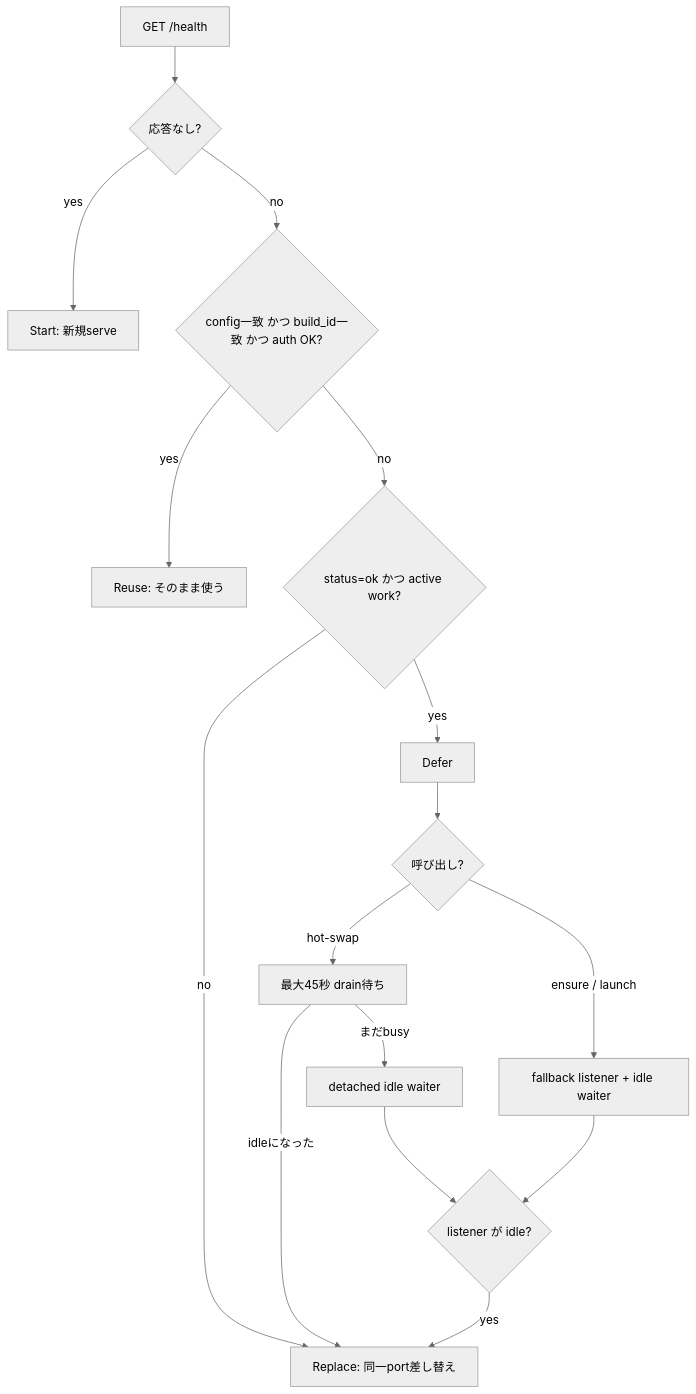
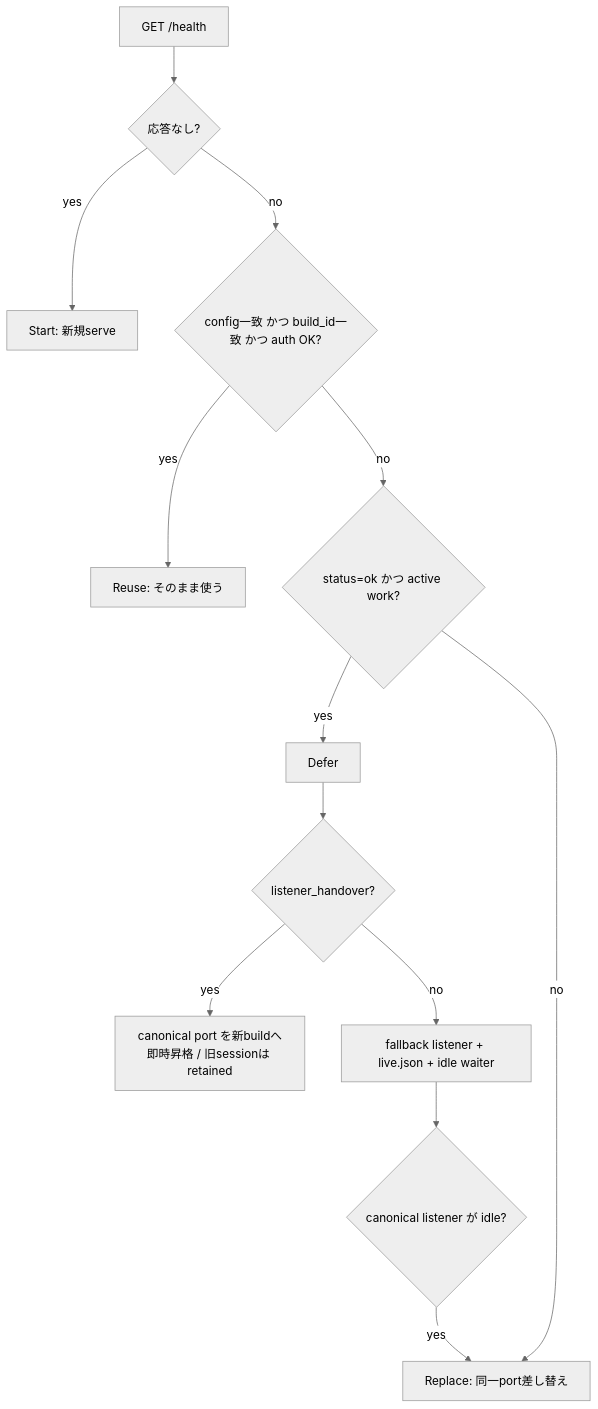
One commit to kkkaoru/dotfiles changed the second of 2 diagrams in .config/claudex/README.md. Above: the diagram before and after it, drawn with Mermaid (neutral theme). The commit also changed other lines of this file and 53 other files, not shown here.

````diff
--- a/.config/claudex/README.md
+++ b/.config/claudex/README.md
@@ -950,18 +959,15 @@
 ```mermaid
 flowchart TD
   Health["GET /health"] --> Absent{"応答なし?"}
   Absent -->|yes| Start[Start: 新規serve]
   Absent -->|no| Match{"config一致 かつ build_id一致 かつ auth OK?"}
   Match -->|yes| Reuse[Reuse: そのまま使う]
   Match -->|no| Busy{"status=ok かつ active work?"}
   Busy -->|yes| Defer[Defer]
   Busy -->|no| Replace["Replace: 同一port差し替え"]
-  Defer --> Mode{"呼び出し?"}
-  Mode -->|ensure / launch| Fallback["fallback listener + idle waiter"]
-  Mode -->|hot-swap| Wait["最大45秒 drain待ち"]
-  Wait -->|idleになった| Replace
-  Wait -->|まだbusy| Arm["detached idle waiter"]
-  Arm --> IdleWait{"listener が idle?"}
+  Defer --> Handover{"listener_handover?"}
+  Handover -->|yes| Promote["canonical port を新buildへ即時昇格 / 旧sessionは retained"]
+  Handover -->|no| Fallback["fallback listener + live.json + idle waiter"]
+  Fallback --> IdleWait{"canonical listener が idle?"}
   IdleWait -->|yes| Replace
-  Fallback --> IdleWait
 ```
````
